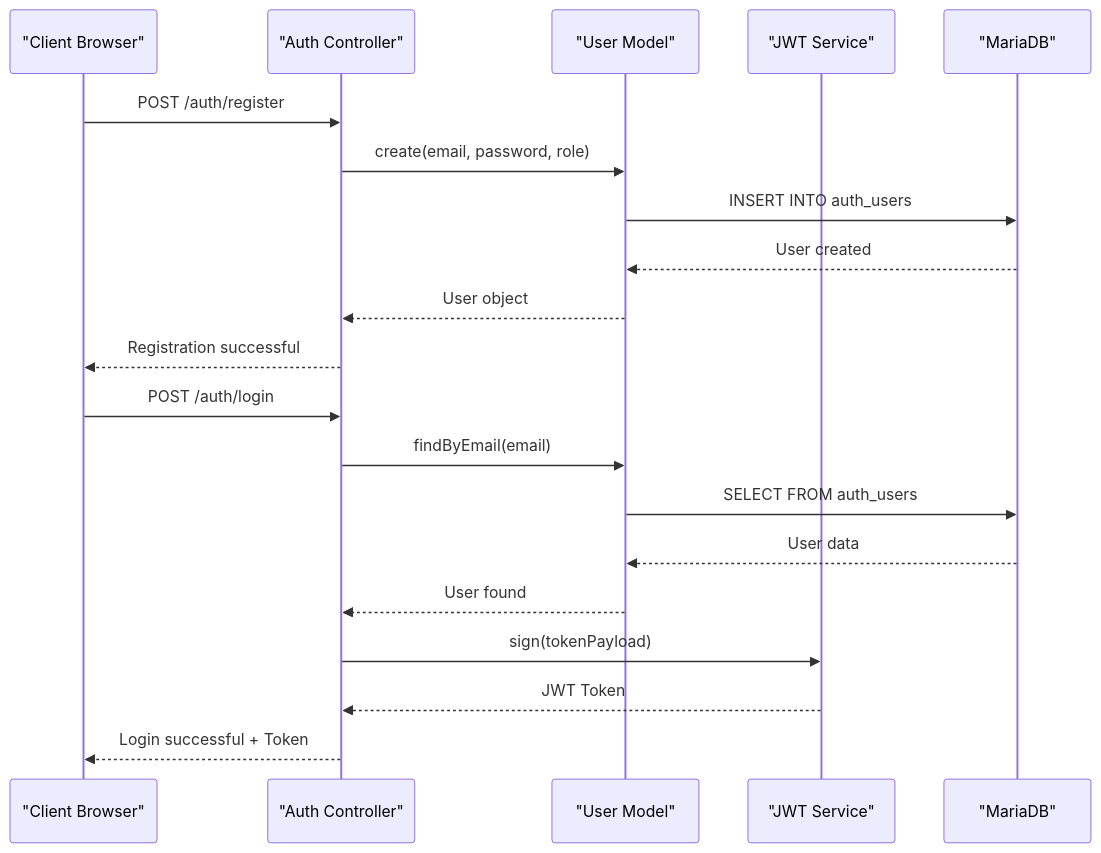
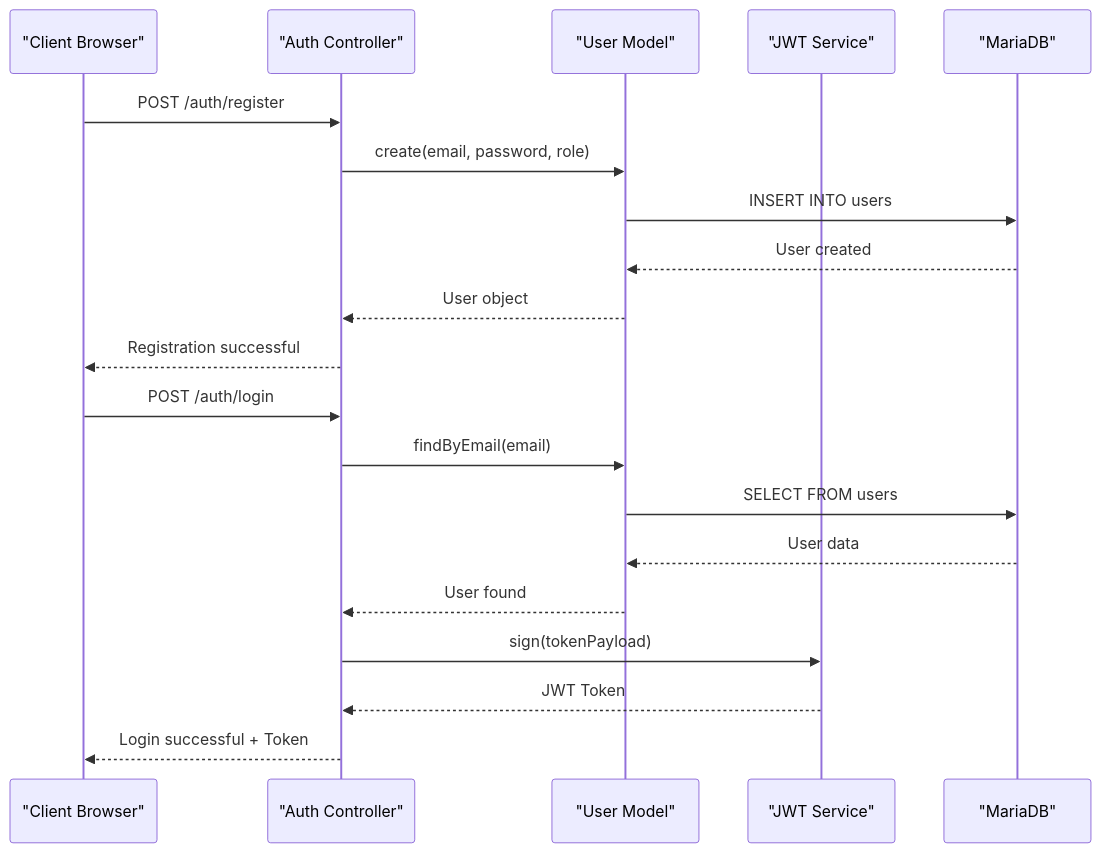
One commit to luiseduacosta/nodemural changed the third of 7 diagrams in .qoder/repowiki/en/content/Core Features Implementation/Professor Grade Management System.md. Above: the diagram before and after it, drawn with Mermaid. The commit also changed 30 other files, not shown here.

Commit message:
Update tables schema.

````diff
--- a/.qoder/repowiki/en/content/Core Features Implementation/Professor Grade Management System.md
+++ b/.qoder/repowiki/en/content/Core Features Implementation/Professor Grade Management System.md
@@ -174,22 +174,22 @@
 ```mermaid
 sequenceDiagram
 participant Client as "Client Browser"
 participant AuthController as "Auth Controller"
 participant UserModel as "User Model"
 participant JWT as "JWT Service"
 participant DB as "MariaDB"
 Client->>AuthController : POST /auth/register
 AuthController->>UserModel : create(email, password, role)
-UserModel->>DB : INSERT INTO auth_users
+UserModel->>DB : INSERT INTO users
 DB-->>UserModel : User created
 UserModel-->>AuthController : User object
 AuthController-->>Client : Registration successful
 Client->>AuthController : POST /auth/login
 AuthController->>UserModel : findByEmail(email)
-UserModel->>DB : SELECT FROM auth_users
+UserModel->>DB : SELECT FROM users
 DB-->>UserModel : User data
 UserModel-->>AuthController : User found
 AuthController->>JWT : sign(tokenPayload)
 JWT-->>AuthController : JWT Token
 AuthController-->>Client : Login successful + Token
 ```
````
